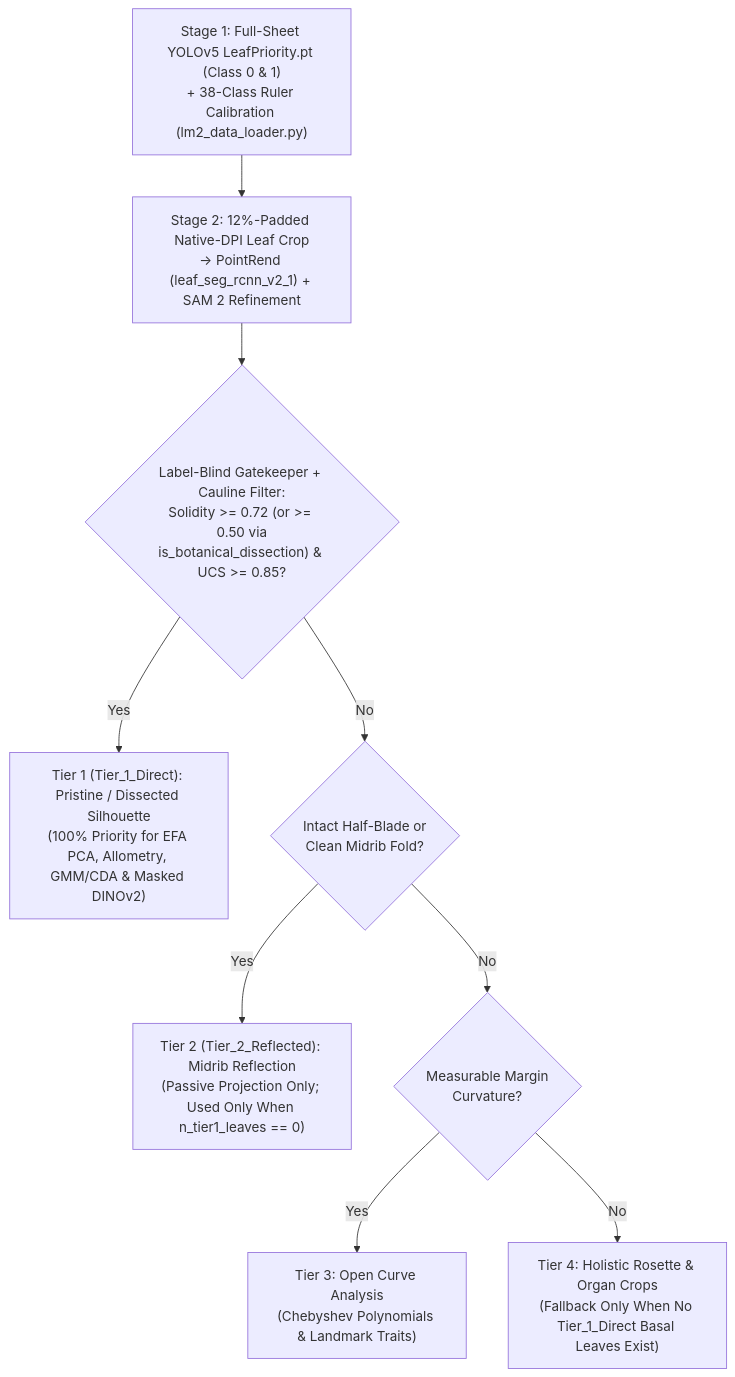
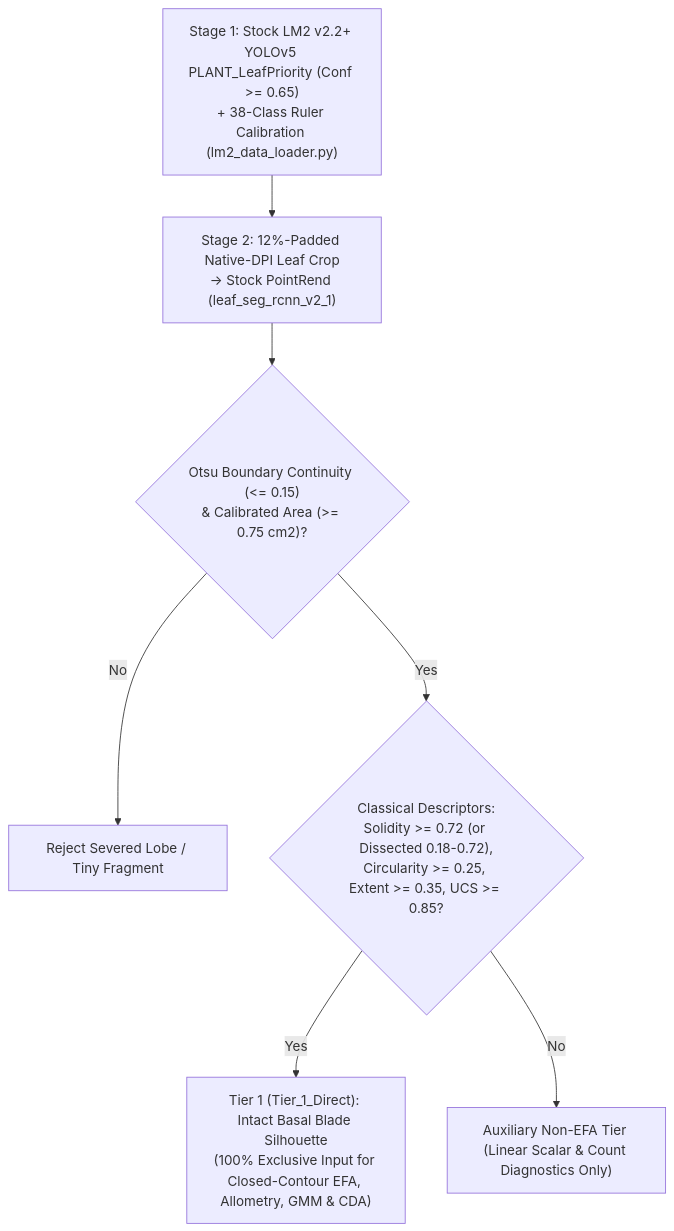
The diagram in docs/TAXONOMIC_SOP.md (Plantatsrophe/Packera_dubia_morphometrics), drawn with Mermaid before and after one commit. The commit also changed other lines of this file and 13 other files, not shown here.

Commit message:
refactor: update pipeline execution script and archive standalone SAM 2 botanical annotation guide

````diff
--- a/docs/TAXONOMIC_SOP.md
+++ b/docs/TAXONOMIC_SOP.md
@@ -33,11 +41,9 @@
 ```mermaid
 flowchart TD
-    A0["Stage 1: Full-Sheet YOLOv5 LeafPriority.pt (Class 0 & 1)\n+ 38-Class Ruler Calibration (lm2_data_loader.py)"] --> A["Stage 2: 12%-Padded Native-DPI Leaf Crop\n-> PointRend (leaf_seg_rcnn_v2_1) + SAM 2 Refinement"]
-    A --> B{"Label-Blind Gatekeeper + Cauline Filter:\nSolidity >= 0.72 (or >= 0.50 via\nis_botanical_dissection) & UCS >= 0.85?"}
-    B -- Yes --> C["Tier 1 (Tier_1_Direct): Pristine / Dissected Silhouette\n(100% Priority for EFA PCA, Allometry, GMM/CDA & Masked DINOv2)"]
-    B -- No --> D{"Intact Half-Blade or\nClean Midrib Fold?"}
-    D -- Yes --> E["Tier 2 (Tier_2_Reflected): Midrib Reflection\n(Passive Projection Only; Used Only When n_tier1_leaves == 0)"]
-    D -- No --> F{"Measurable Margin\nCurvature?"}
-    F -- Yes --> G["Tier 3: Open Curve Analysis\n(Chebyshev Polynomials & Landmark Traits)"]
-    F -- No --> H["Tier 4: Holistic Rosette & Organ Crops\n(Fallback Only When No Tier_1_Direct Basal Leaves Exist)"]
+    A0["Stage 1: Stock LM2 v2.2+ YOLOv5 PLANT_LeafPriority (Conf >= 0.65)\n+ 38-Class Ruler Calibration (lm2_data_loader.py)"] --> A["Stage 2: 12%-Padded Native-DPI Leaf Crop\n-> Stock PointRend (leaf_seg_rcnn_v2_1)"]
+    A --> B{"Otsu Boundary Continuity (<= 0.15)\n& Calibrated Area (>= 0.75 cm2)?"}
+    B -- No --> X["Reject Severed Lobe / Tiny Fragment"]
+    B -- Yes --> C{"Classical Descriptors:\nSolidity >= 0.72 (or Dissected 0.18-0.72),\nCircularity >= 0.25, Extent >= 0.35, UCS >= 0.85?"}
+    C -- Yes --> D["Tier 1 (Tier_1_Direct): Intact Basal Blade Silhouette\n(100% Exclusive Input for Closed-Contour EFA, Allometry, GMM & CDA)"]
+    C -- No --> E["Auxiliary Non-EFA Tier (Linear Scalar & Count Diagnostics Only)"]
 ```
````
